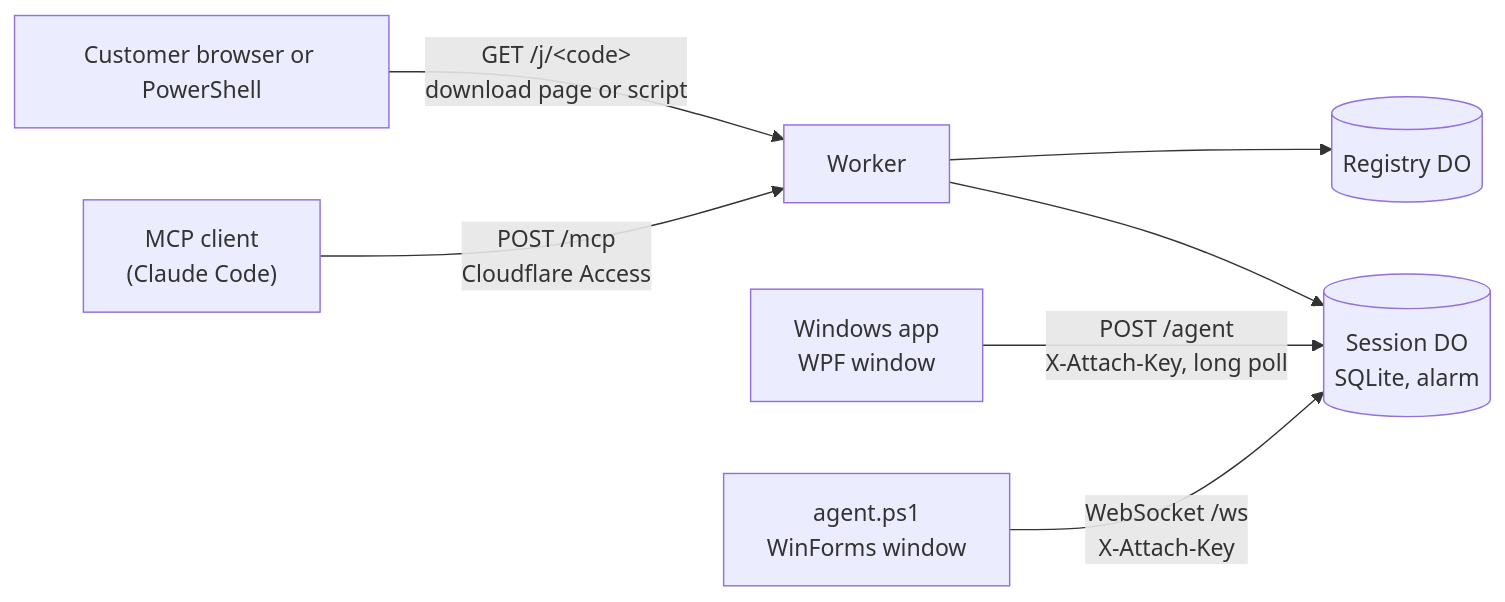
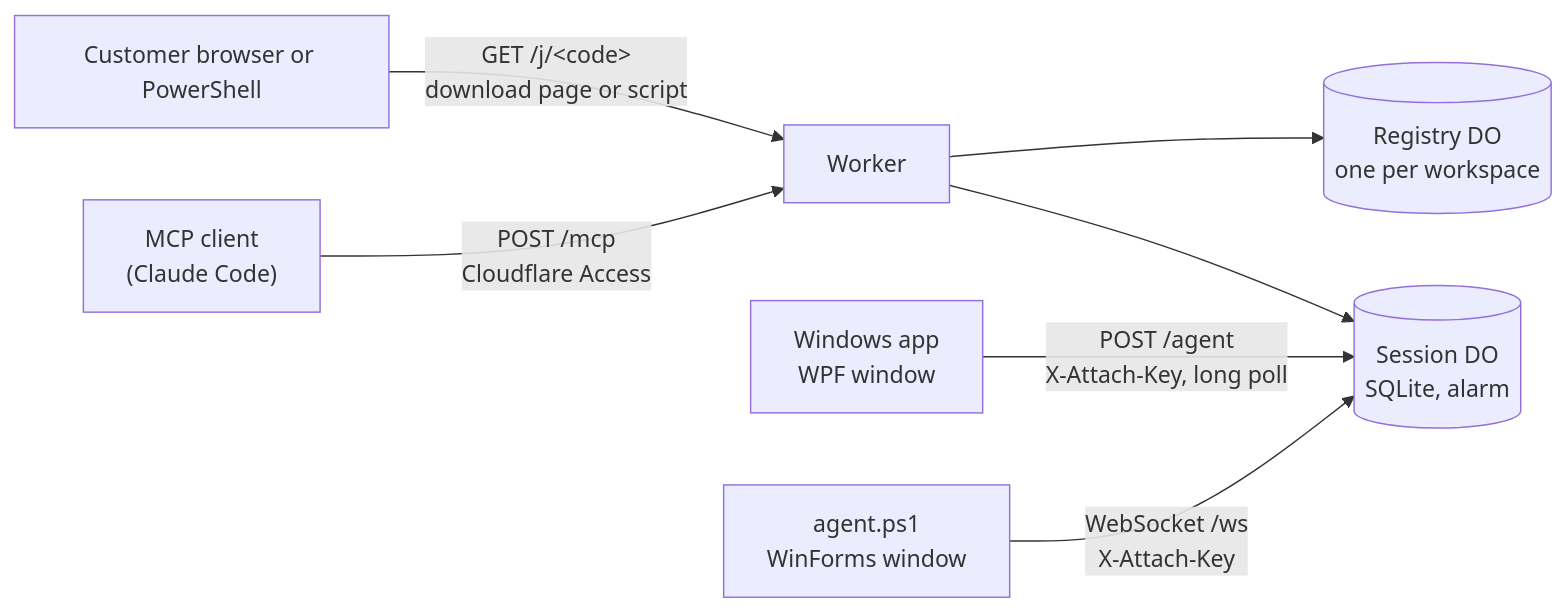
One commit to SUKARDADDY/Support-MCP changed the third of 3 diagrams in README.md. Above: the diagram before and after it, drawn with Mermaid. The commit also changed other lines of this file and 16 other files, not shown here.

````diff
--- a/README.md
+++ b/README.md
@@ -300,9 +322,9 @@
 ```mermaid
 flowchart LR
   Op["MCP client<br/>(Claude Code)"] -- "POST /mcp<br/>Cloudflare Access" --> W[Worker]
   Cust["Customer browser or PowerShell"] -- "GET /j/&lt;code&gt;<br/>download page or script" --> W
   W --> S[("Session DO<br/>SQLite, alarm")]
-  W --> R[("Registry DO")]
+  W --> R[("Registry DO<br/>one per workspace")]
   App["Windows app<br/>WPF window"] -- "POST /agent<br/>X-Attach-Key, long poll" --> S
   A["agent.ps1<br/>WinForms window"] -- "WebSocket /ws<br/>X-Attach-Key" --> S
 ```
````
